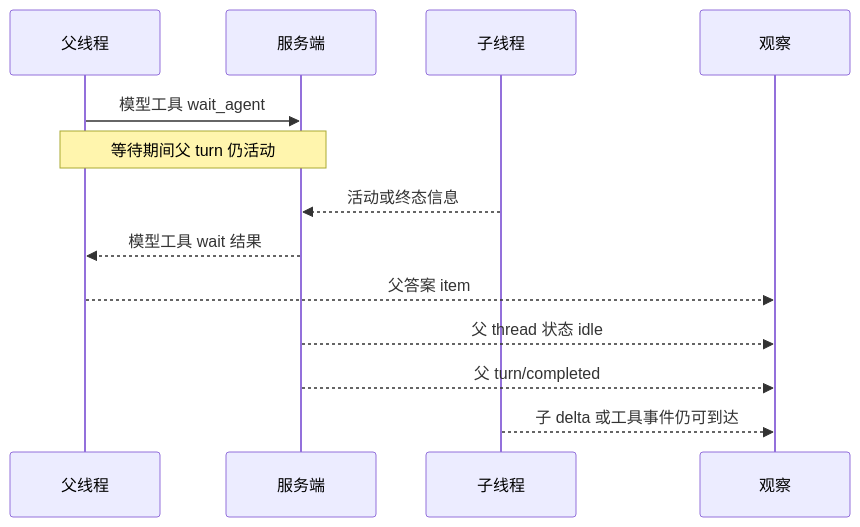
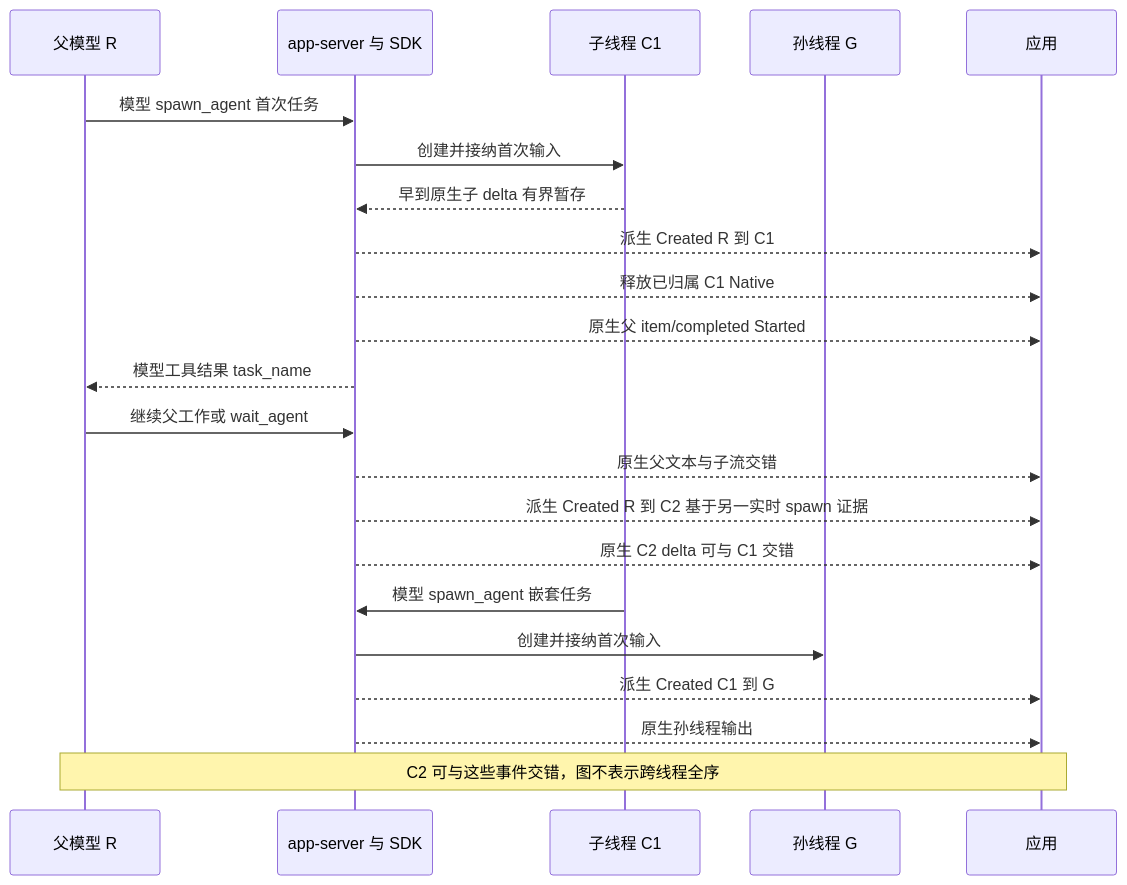
The fourth of 7 diagrams in docs/event-sequences.md (zoumo/agent-sdk-go), drawn with Mermaid before and after one commit. The commit also changed other lines of this file and 26 other files, not shown here.

````diff
--- a/docs/event-sequences.md
+++ b/docs/event-sequences.md
@@ -217,15 +127,24 @@
 ```mermaid
 sequenceDiagram
-    participant P as 父线程
-    participant S as 服务端
-    participant C as 子线程
-    participant O as 观察
-    P->>S: 模型工具 wait_agent
-    Note over P,S: 等待期间父 turn 仍活动
-    C-->>S: 活动或终态信息
-    S-->>P: 模型工具 wait 结果
-    P-->>O: 父答案 item
-    S-->>O: 父 thread 状态 idle
-    S-->>O: 父 turn/completed
-    C-->>O: 子 delta 或工具事件仍可到达
+    participant P as 父模型 R
+    participant S as app-server 与 SDK
+    participant C as 子线程 C1
+    participant G as 孙线程 G
+    participant U as 应用
+    P->>S: 模型 spawn_agent 首次任务
+    S->>C: 创建并接纳首次输入
+    C-->>S: 早到原生子 delta 有界暂存
+    S-->>U: 派生 Created R 到 C1
+    S-->>U: 释放已归属 C1 Native
+    S-->>U: 原生父 item/completed Started
+    S-->>P: 模型工具结果 task_name
+    P->>S: 继续父工作或 wait_agent
+    S-->>U: 原生父文本与子流交错
+    S-->>U: 派生 Created R 到 C2 基于另一实时 spawn 证据
+    S-->>U: 原生 C2 delta 可与 C1 交错
+    C->>S: 模型 spawn_agent 嵌套任务
+    S->>G: 创建并接纳首次输入
+    S-->>U: 派生 Created C1 到 G
+    S-->>U: 原生孙线程输出
+    Note over P,U: C2 可与这些事件交错，图不表示跨线程全序
 ```
````
